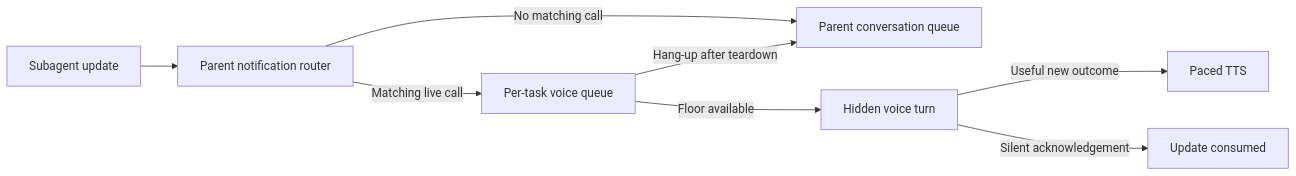
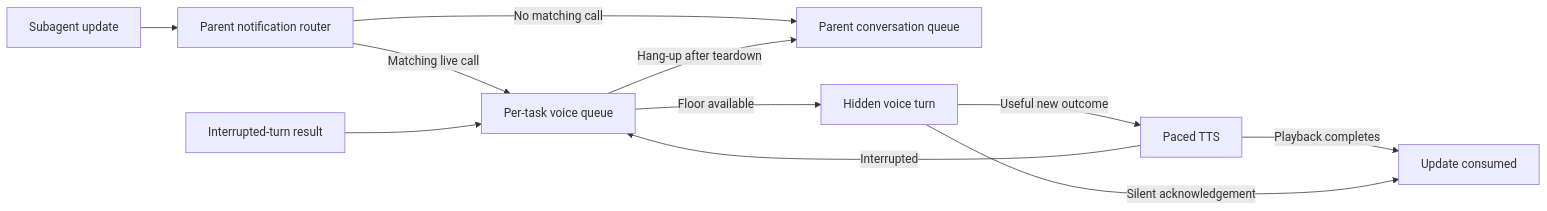
One commit to vellum-ai/vellum-assistant changed the third of 7 diagrams in ARCHITECTURE.md. Above: the diagram before and after it, drawn with Mermaid. The commit also changed other lines of this file and 7 other files, not shown here.

Commit message:
Unify voice task delivery and track interrupted announcements

````diff
--- a/ARCHITECTURE.md
+++ b/ARCHITECTURE.md
@@ -780,10 +783,13 @@
 ```mermaid
 flowchart LR
     Worker[Subagent update] --> Router[Parent notification router]
     Router -->|Matching live call| Queue[Per-task voice queue]
     Router -->|No matching call| Parent[Parent conversation queue]
+    Continuation[Interrupted-turn result] --> Queue
     Queue -->|Floor available| Voice[Hidden voice turn]
     Voice -->|Useful new outcome| Speech[Paced TTS]
-    Voice -->|Silent acknowledgement| Done[Update consumed]
+    Speech -->|Playback completes| Done[Update consumed]
+    Speech -->|Interrupted| Queue
+    Voice -->|Silent acknowledgement| Done
     Queue -->|Hang-up after teardown| Parent
 ```
````
